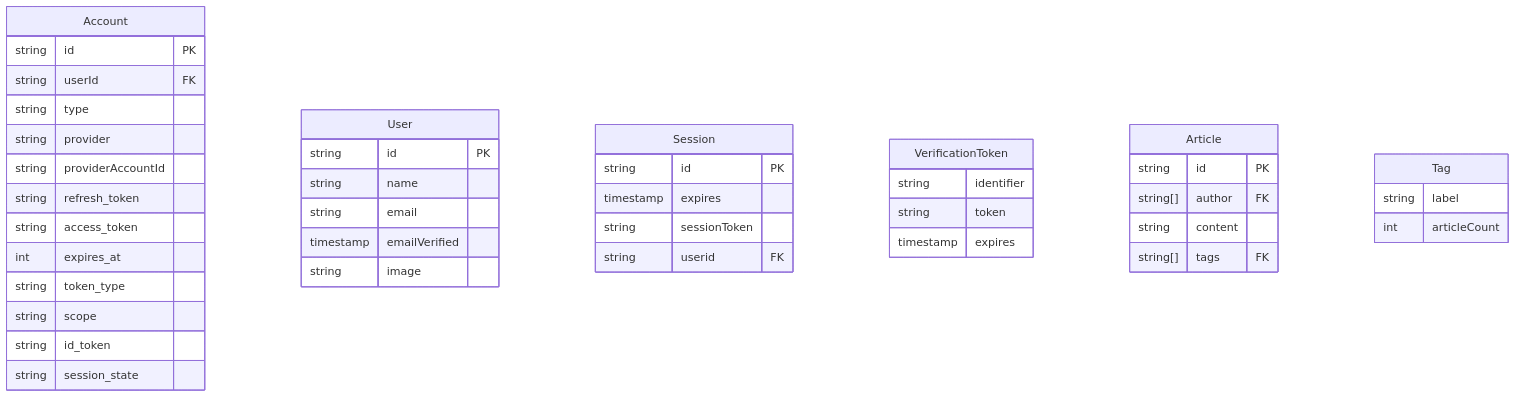
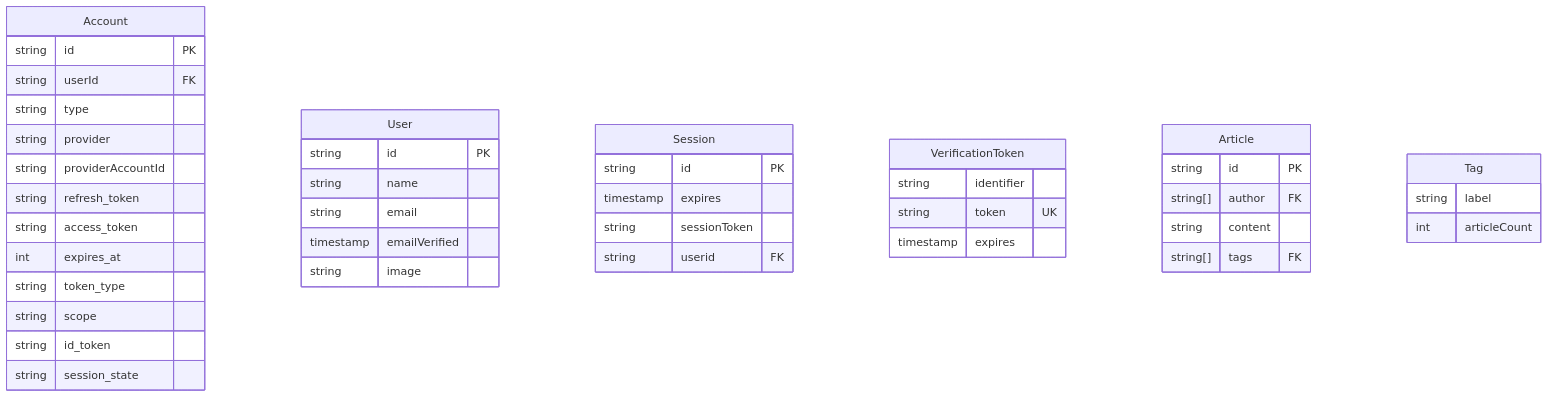
Before and after one commit to 4ry1337/my-obsidian: the fifth of 6 diagrams in Capstone/Diagrams.md, drawn with Mermaid. The commit also changed other lines of this file and 1 other file, not shown here.

````diff
--- a/Capstone/Diagrams.md
+++ b/Capstone/Diagrams.md
@@ -91,45 +158,45 @@
 ```mermaid
 erDiagram
 Account {
 	string id PK  
 	string userId FK  
 	string type
 	string provider  
 	string providerAccountId  
 	string refresh_token  
 	string access_token  
 	int expires_at  
 	string token_type  
 	string scope  
 	string id_token  
 	string session_state
 }
 User {
 	string id PK
 	string name
 	string email
 	timestamp emailVerified
 	string image
 }
 Session {
 	string id PK
 	timestamp expires
 	string sessionToken
 	string userid FK
 }
 VerificationToken {
 	string identifier
-	string token
+	string token UK
 	timestamp expires
 }
 Article {
 	string id PK
 	string[] author FK
 	string content
 	string[] tags FK
 }
 Tag {
 	string label
 	int articleCount
 }
 ```
````
